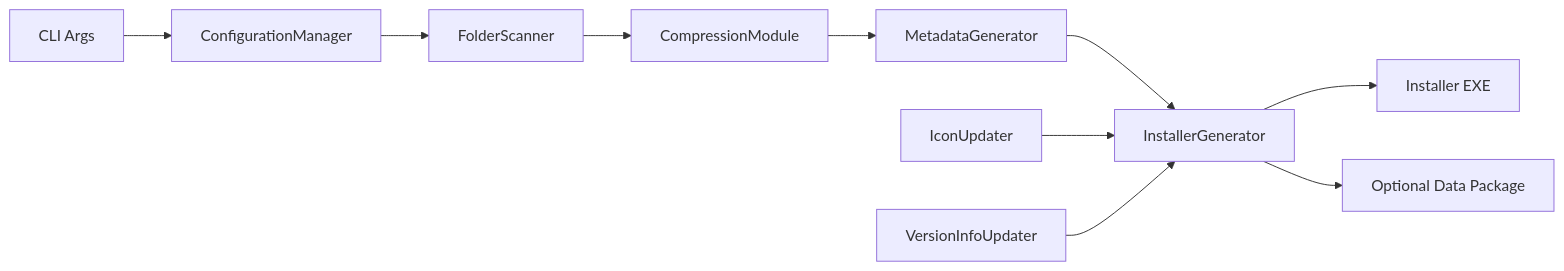
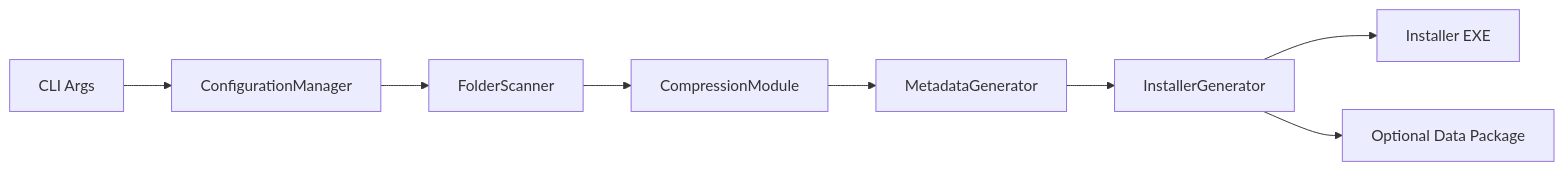
The diagram in docs/packager_detailed_design.md (lu020218/Multi-Threaded_Installer), drawn with Mermaid before and after one commit. The commit also changed other lines of this file and 53 other files, not shown here.

````diff
--- a/docs/packager_detailed_design.md
+++ b/docs/packager_detailed_design.md
@@ -17,13 +18,10 @@
 ```mermaid
 flowchart LR
     A[CLI Args] --> B[ConfigurationManager]
     B --> C[FolderScanner]
     C --> D[CompressionModule]
     D --> E[MetadataGenerator]
     E --> F[InstallerGenerator]
     F --> G[Installer EXE]
     F --> H[Optional Data Package]
-
-    I[IconUpdater] --> F
-    J[VersionInfoUpdater] --> F
 ```
````
